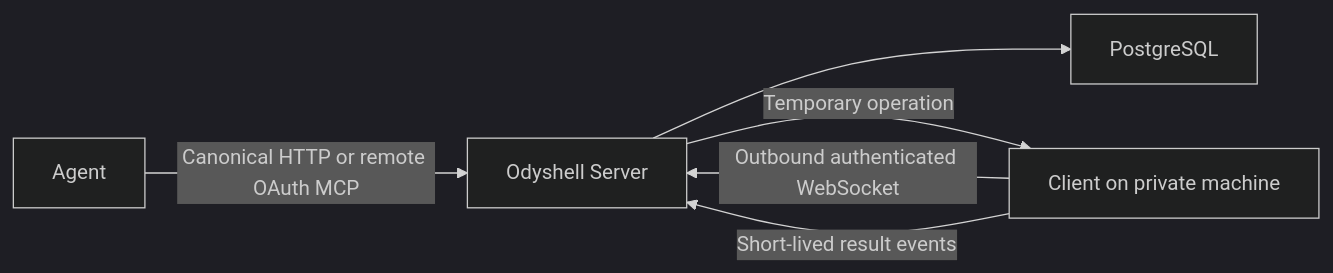
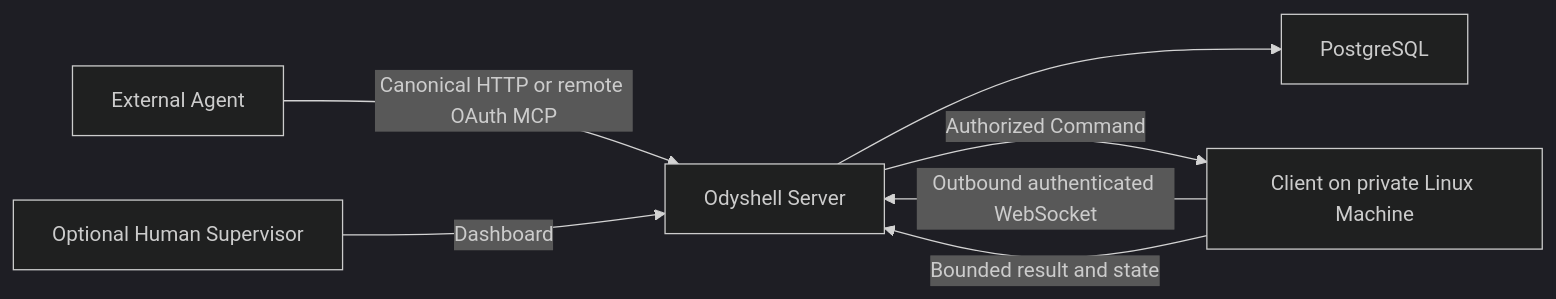
Before and after one commit to kapeka0/Odyshell: the diagram in docs/mvp.md, drawn with Mermaid (dark theme). The commit also changed other lines of this file and 40 other files, not shown here.

````diff
--- a/docs/mvp.md
+++ b/docs/mvp.md
@@ -12,8 +14,9 @@
 ```mermaid
 flowchart LR
-    A["Agent"] -->|"Canonical HTTP or remote OAuth MCP"| S["Odyshell Server"]
-    C["Client on private machine"] -->|"Outbound authenticated WebSocket"| S
+    A["External Agent"] -->|"Canonical HTTP or remote OAuth MCP"| S["Odyshell Server"]
+    H["Optional Human Supervisor"] -->|"Dashboard"| S
+    C["Client on private Linux Machine"] -->|"Outbound authenticated WebSocket"| S
     S --> P["PostgreSQL"]
-    S -->|"Temporary operation"| C
-    C -->|"Short-lived result events"| S
+    S -->|"Authorized Command"| C
+    C -->|"Bounded result and state"| S
 ```
````
